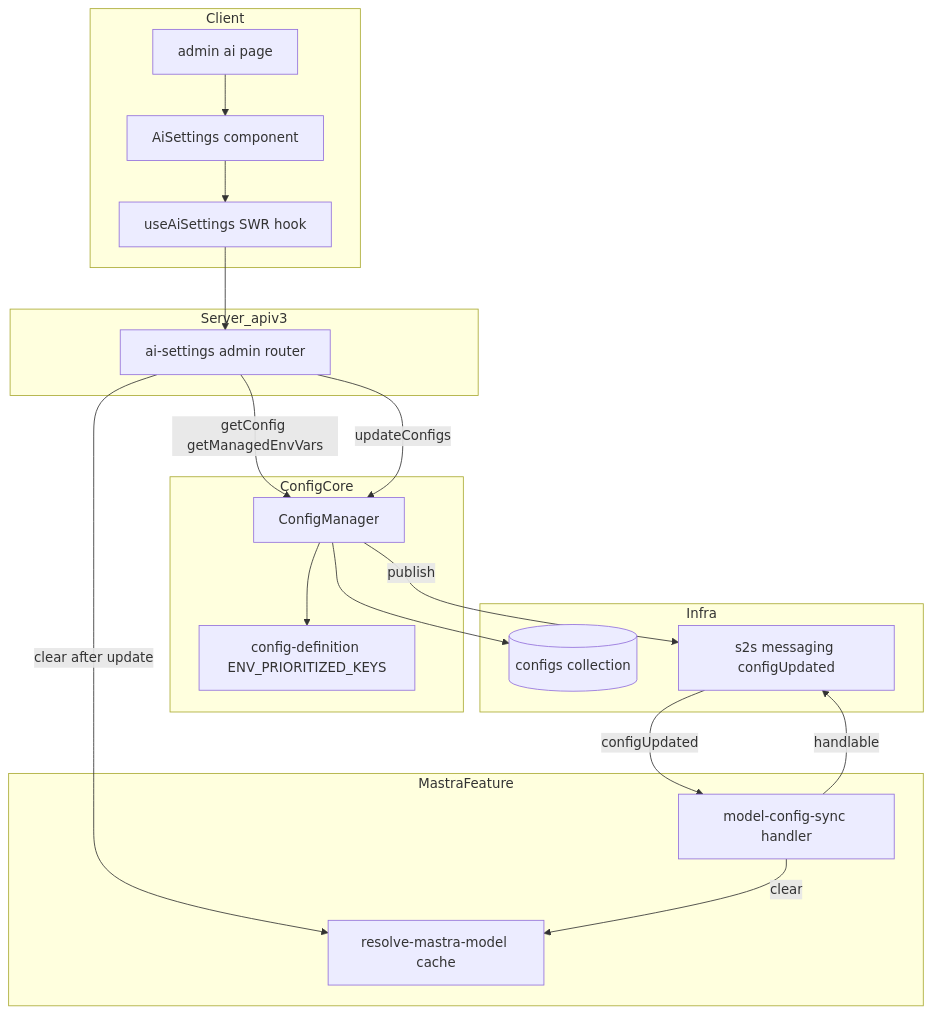
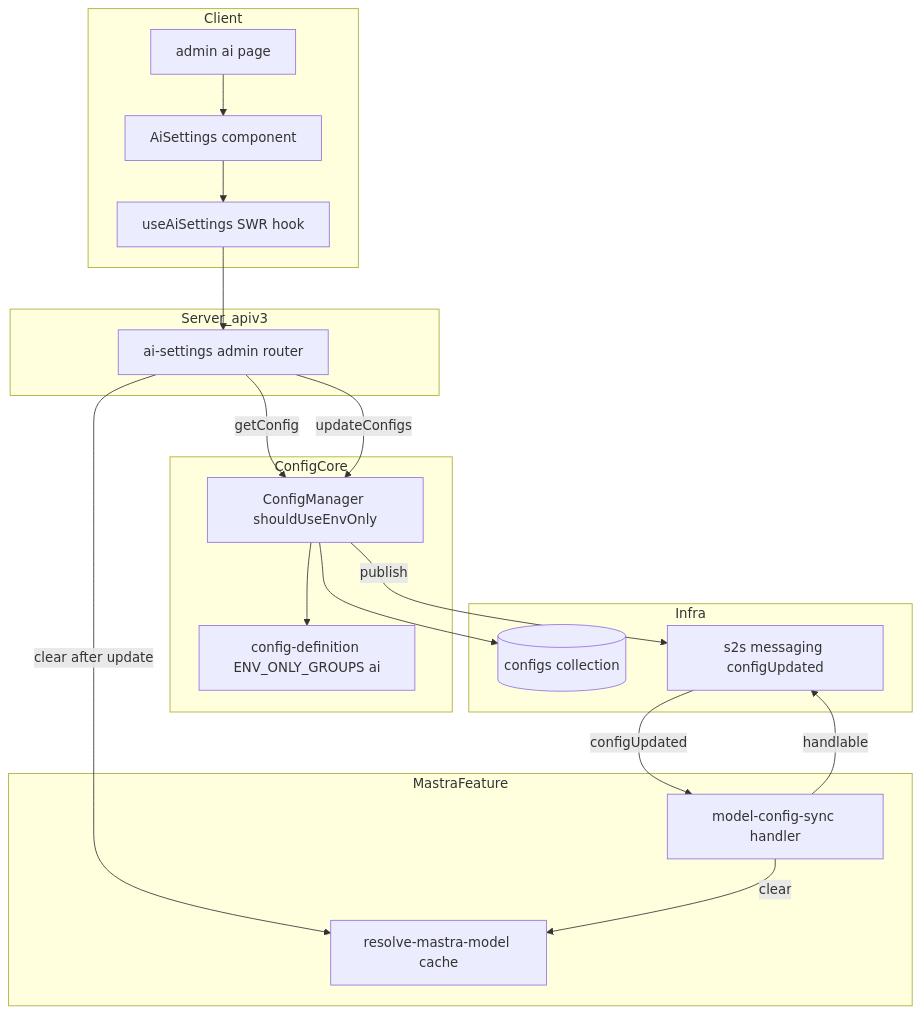
One commit to growilabs/growi changed the first of 2 diagrams in .kiro/specs/admin-ai-settings/design.md. Above: the diagram before and after it, drawn with Mermaid. The commit also changed other lines of this file and 3 other files, not shown here.

````diff
--- a/.kiro/specs/admin-ai-settings/design.md
+++ b/.kiro/specs/admin-ai-settings/design.md
@@ -63,34 +64,34 @@
 ```mermaid
 graph TB
     subgraph Client
         Page[admin ai page]
         UI[AiSettings component]
         Hook[useAiSettings SWR hook]
     end
     subgraph Server_apiv3
         Route[ai-settings admin router]
     end
     subgraph ConfigCore
-        CM[ConfigManager]
-        Def[config-definition ENV_PRIORITIZED_KEYS]
+        CM[ConfigManager shouldUseEnvOnly]
+        Def[config-definition ENV_ONLY_GROUPS ai]
     end
     subgraph MastraFeature
         Resolver[resolve-mastra-model cache]
         Sync[model-config-sync handler]
     end
     subgraph Infra
         DB[(configs collection)]
         S2S[s2s messaging configUpdated]
     end
 
     Page --> UI --> Hook --> Route
-    Route -->|getConfig getManagedEnvVars| CM
+    Route -->|getConfig| CM
     Route -->|updateConfigs| CM
     Route -->|clear after update| Resolver
     CM --> Def
     CM --> DB
     CM -->|publish| S2S
     S2S -->|configUpdated| Sync
     Sync -->|clear| Resolver
     Sync -->|handlable| S2S
 ```
````
